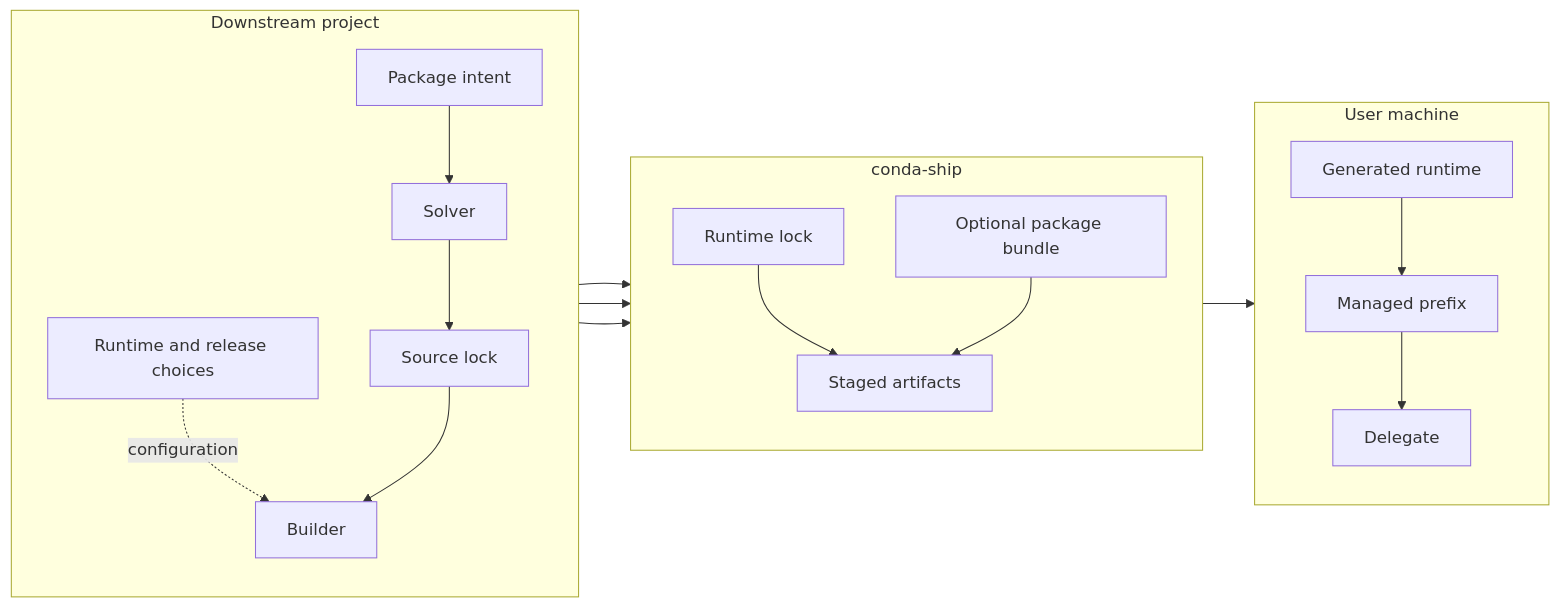
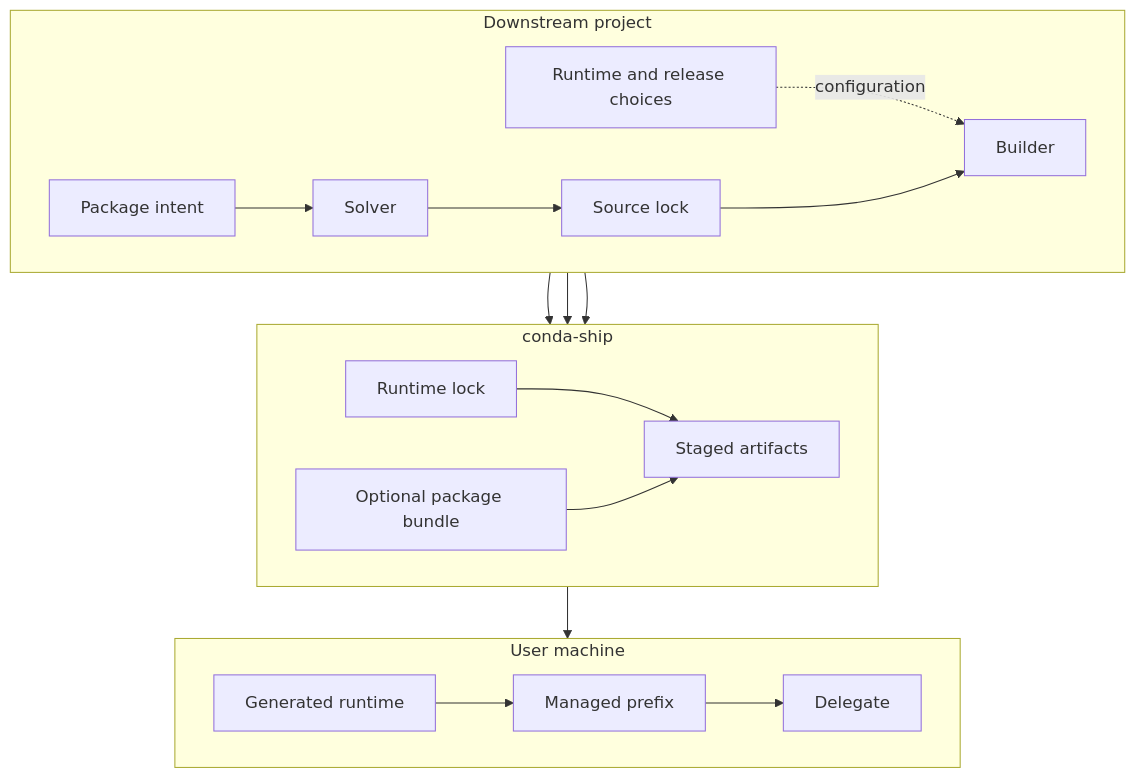
The diagram in docs/explanation/overview.md (jezdez/conda-ship), drawn with Mermaid before and after one commit.

Commit message:
Make runtime flow vertical

````diff
--- a/docs/explanation/overview.md
+++ b/docs/explanation/overview.md
@@ -23,25 +23,25 @@
 ```{mermaid}
-flowchart LR
+flowchart TB
     subgraph downstream["Downstream project"]
-        direction TB
+        direction LR
         intent["Package intent"] --> solver["Solver"] --> source_lock["Source lock"]
         choices["Runtime and release choices"] -. "configuration" .-> builder
     end
 
     subgraph ship["conda-ship"]
-        direction TB
+        direction LR
         builder["Builder"] --> runtime_lock["Runtime lock"]
         builder --> bundle["Optional package bundle"]
         builder --> artifacts["Staged artifacts"]
         runtime_lock --> artifacts
         bundle --> artifacts
     end
 
     subgraph machine["User machine"]
-        direction TB
+        direction LR
         runtime["Generated runtime"] --> prefix["Managed prefix"] --> delegate["Delegate"]
     end
 
     source_lock --> builder
     artifacts --> runtime
 ```
````
